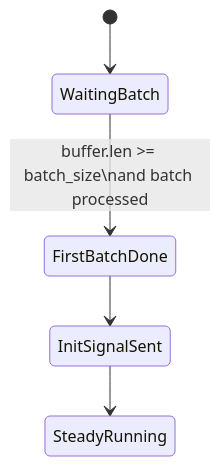
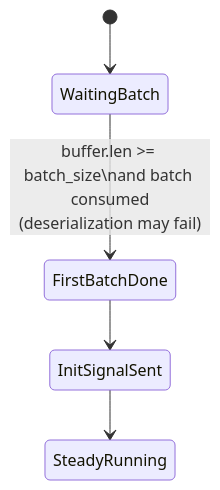
One commit to freefcw/x-algorithm changed the fifth of 5 diagrams in docs/thunder/02-kafka-ingestion.md. Above: the diagram before and after it, drawn with Mermaid. The commit also changed other lines of this file and 5 other files, not shown here.

````diff
--- a/docs/thunder/02-kafka-ingestion.md
+++ b/docs/thunder/02-kafka-ingestion.md
@@ -136,7 +136,7 @@
 ```mermaid
 stateDiagram-v2
     [*] --> WaitingBatch
-    WaitingBatch --> FirstBatchDone: buffer.len >= batch_size\nand batch processed
+    WaitingBatch --> FirstBatchDone: buffer.len >= batch_size\nand batch consumed<br/>(deserialization may fail)
     FirstBatchDone --> InitSignalSent
     InitSignalSent --> SteadyRunning
 ```
````
